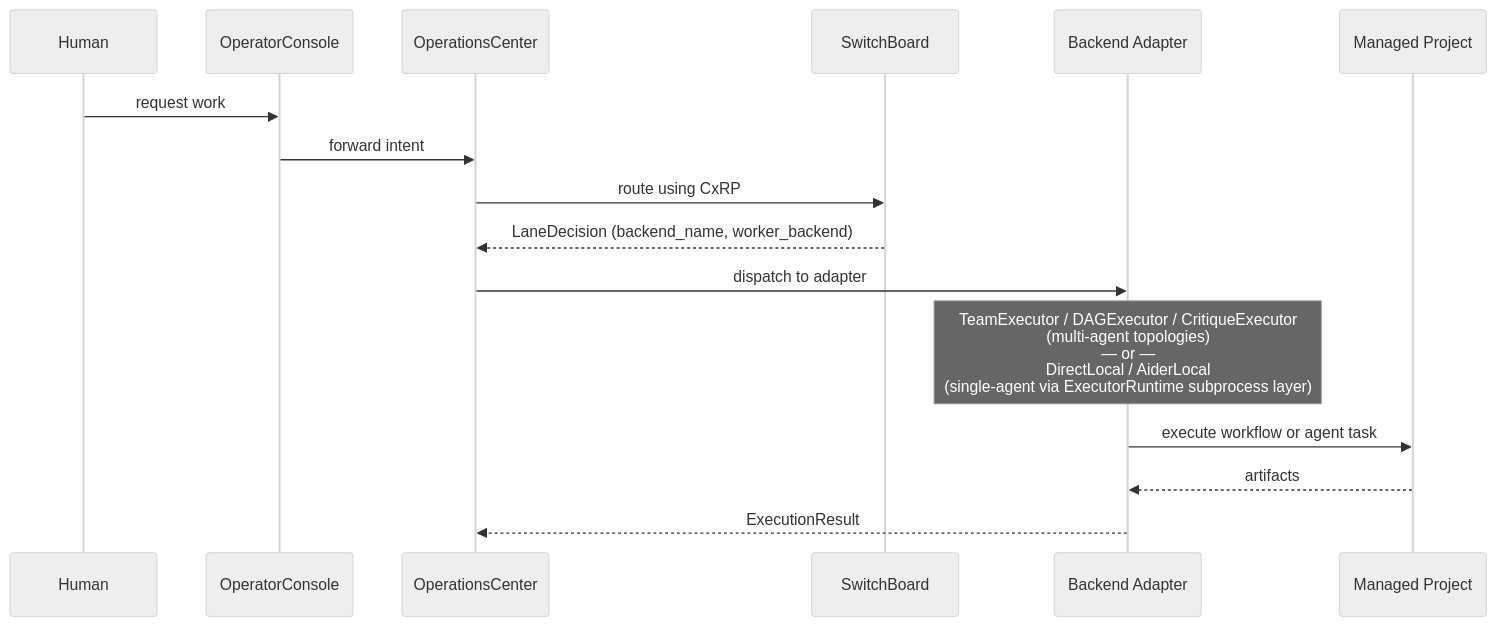
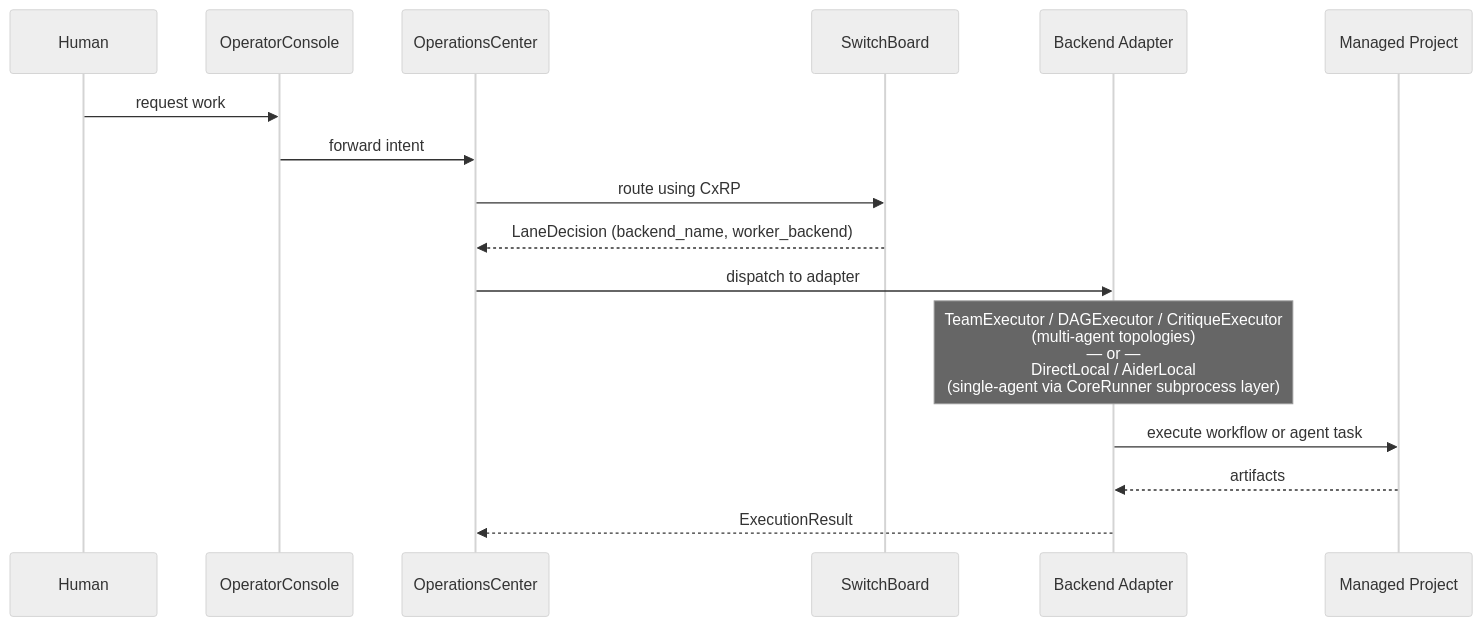
The diagram in docs/diagrams/execution/sequence.md (ProtocolWarden/ProtocolWarden.github.io), drawn with Mermaid (neutral theme) before and after one commit. The commit also changed other lines of this file and 20 other files, not shown here.

First line of the commit message:
docs: rename ExecutorRuntime → CoreRunner + document safe_run() consolidation

````diff
--- a/docs/diagrams/execution/sequence.md
+++ b/docs/diagrams/execution/sequence.md
@@ -3,19 +3,19 @@
 ```mermaid
 sequenceDiagram
     participant Human
     participant Console as OperatorConsole
     participant OC as OperationsCenter
     participant SB as SwitchBoard
     participant BE as Backend Adapter
     participant Managed as Managed Project
 
     Human->>Console: request work
     Console->>OC: forward intent
     OC->>SB: route using CxRP
     SB-->>OC: LaneDecision (backend_name, worker_backend)
     OC->>BE: dispatch to adapter
-    note over BE: TeamExecutor / DAGExecutor / CritiqueExecutor<br/>(multi-agent topologies)<br/>— or —<br/>DirectLocal / AiderLocal<br/>(single-agent via ExecutorRuntime subprocess layer)
+    note over BE: TeamExecutor / DAGExecutor / CritiqueExecutor<br/>(multi-agent topologies)<br/>— or —<br/>DirectLocal / AiderLocal<br/>(single-agent via CoreRunner subprocess layer)
     BE->>Managed: execute workflow or agent task
     Managed-->>BE: artifacts
     BE-->>OC: ExecutionResult
 ```
````
